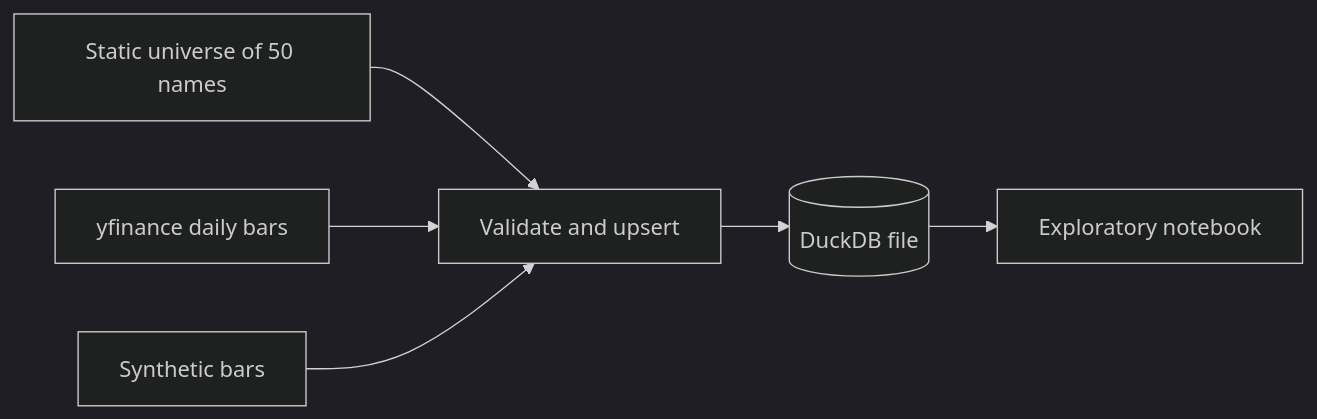
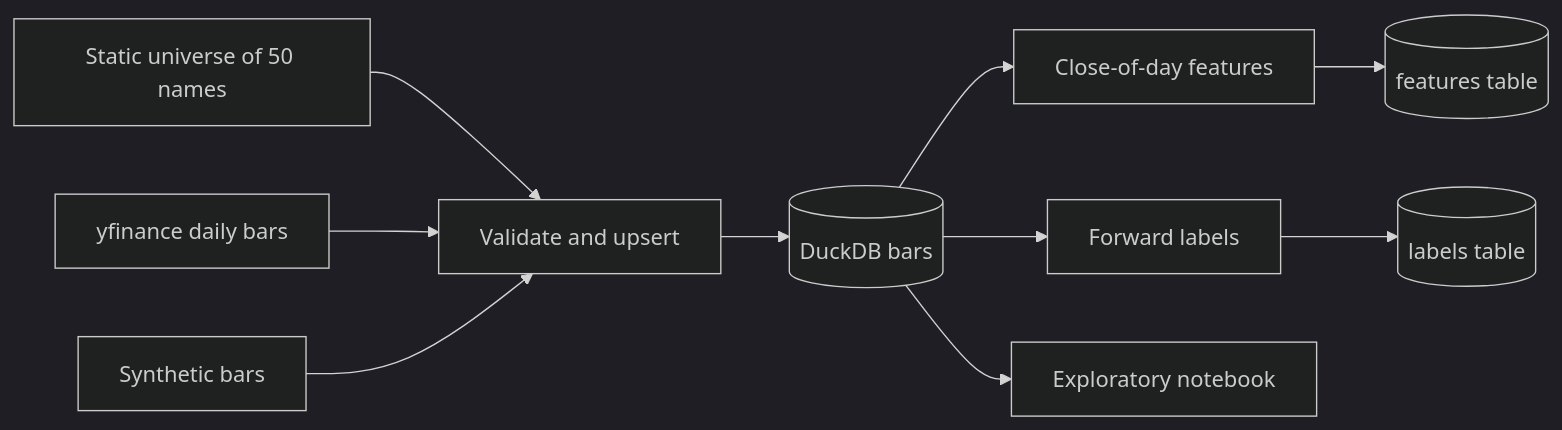
Before and after one commit to julianthant/driftwood: the diagram in docs/DESIGN_DECISIONS.md, drawn with Mermaid (dark theme). The commit also changed other lines of this file and 2 other files, not shown here.

````diff
--- a/docs/DESIGN_DECISIONS.md
+++ b/docs/DESIGN_DECISIONS.md
@@ -21,15 +22,23 @@
 ```mermaid
 flowchart LR
   universe[Static universe of 50 names]
   yfinance[yfinance daily bars]
   synthetic[Synthetic bars]
   ingest[Validate and upsert]
-  duckdb[(DuckDB file)]
+  bars[(DuckDB bars)]
+  featfn[Close-of-day features]
+  labelfn[Forward labels]
+  features[(features table)]
+  labels[(labels table)]
   notebook[Exploratory notebook]
 
   universe --> ingest
   yfinance --> ingest
   synthetic --> ingest
-  ingest --> duckdb
-  duckdb --> notebook
+  ingest --> bars
+  bars --> featfn
+  bars --> labelfn
+  featfn --> features
+  labelfn --> labels
+  bars --> notebook
 ```
````
